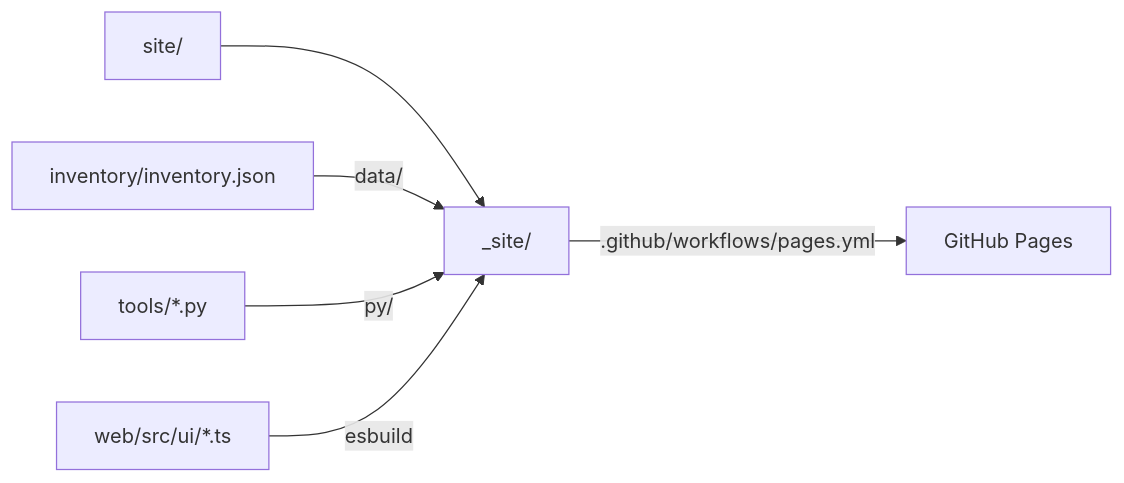
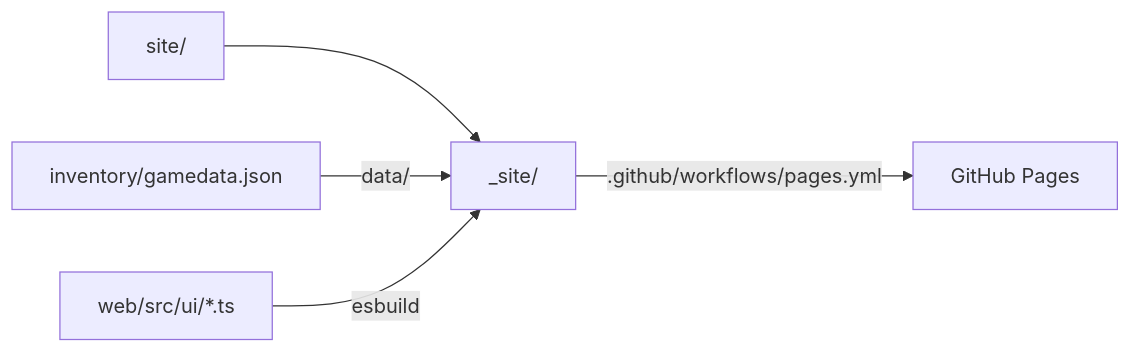
One commit to titaniteChuck/merchant-rpg-simulator changed the first of 2 diagrams in docs/tooling/website/website.md. Above: the diagram before and after it, drawn with Mermaid. The commit also changed other lines of this file and 15 other files, not shown here.

````diff
--- a/docs/tooling/website/website.md
+++ b/docs/tooling/website/website.md
@@ -32,8 +33,7 @@
 ```mermaid
 flowchart LR
   A[site/] --> D[_site/]
-  B[inventory/inventory.json] -->|data/| D
-  C[tools/*.py] -->|py/| D
+  B[inventory/gamedata.json] -->|data/| D
   W[web/src/ui/*.ts] -->|esbuild| D
   D -->|.github/workflows/pages.yml| E[GitHub Pages]
 ```
````
